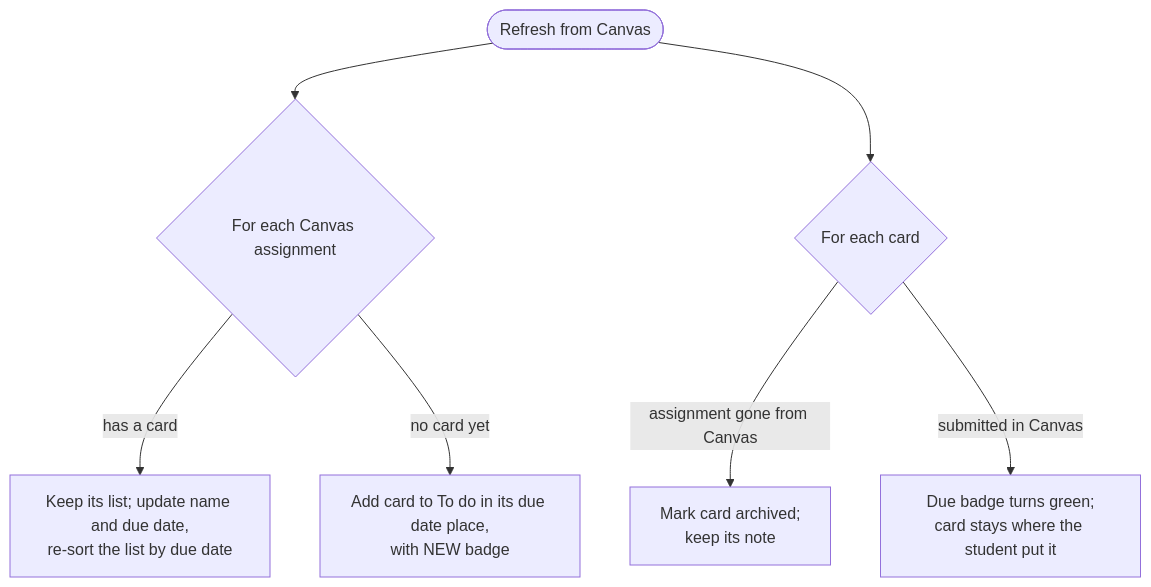
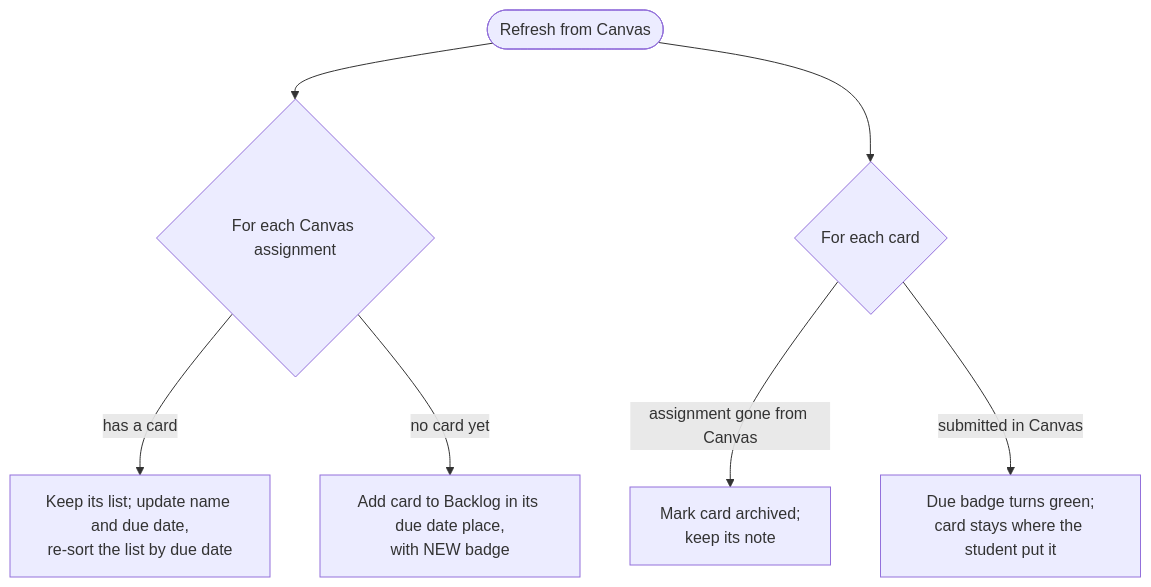
Before and after one commit to bbranton/TestProj: the sixth of 9 diagrams in docs/canvas-portal/04-wireframes-workflows.md, drawn with Mermaid. The commit also changed other lines of this file and 4 other files, not shown here.

````diff
--- a/docs/canvas-portal/04-wireframes-workflows.md
+++ b/docs/canvas-portal/04-wireframes-workflows.md
@@ -418,9 +414,9 @@
 ```mermaid
 flowchart TD
     A([Refresh from Canvas]) --> B{For each Canvas assignment}
     B -- has a card --> C[Keep its list; update name and due date,<br/>re-sort the list by due date]
-    B -- no card yet --> D[Add card to To do in its due date place,<br/>with NEW badge]
+    B -- no card yet --> D[Add card to Backlog in its due date place,<br/>with NEW badge]
     A --> E{For each card}
     E -- assignment gone from Canvas --> F[Mark card archived;<br/>keep its note]
     E -- submitted in Canvas --> G[Due badge turns green;<br/>card stays where the student put it]
 ```
````
